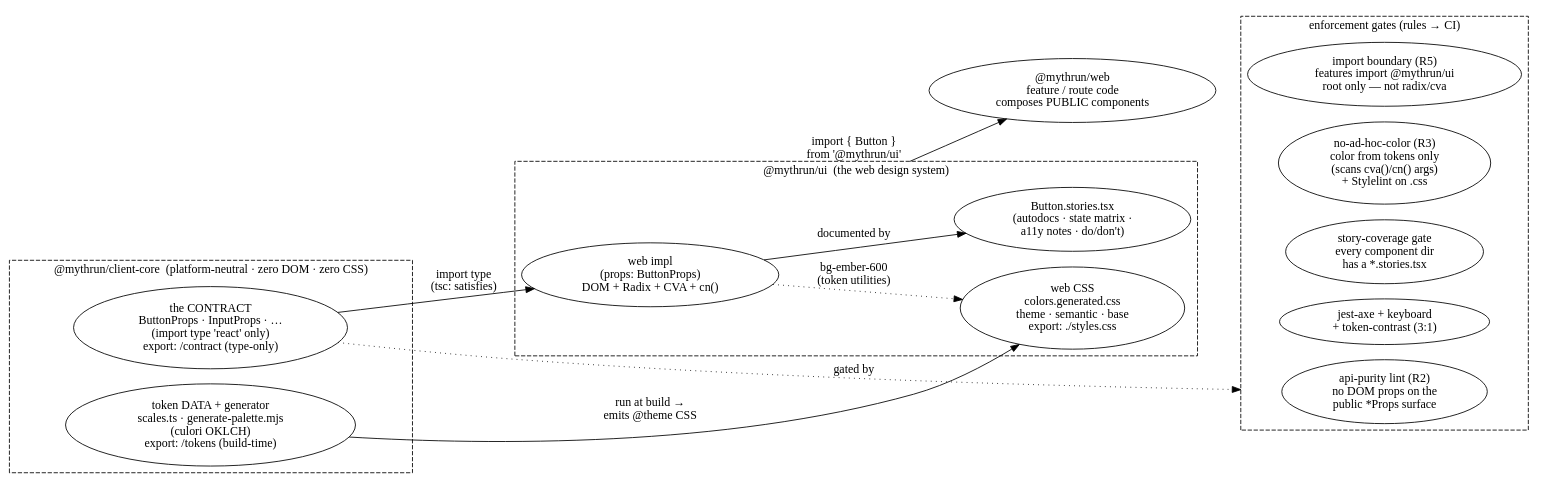
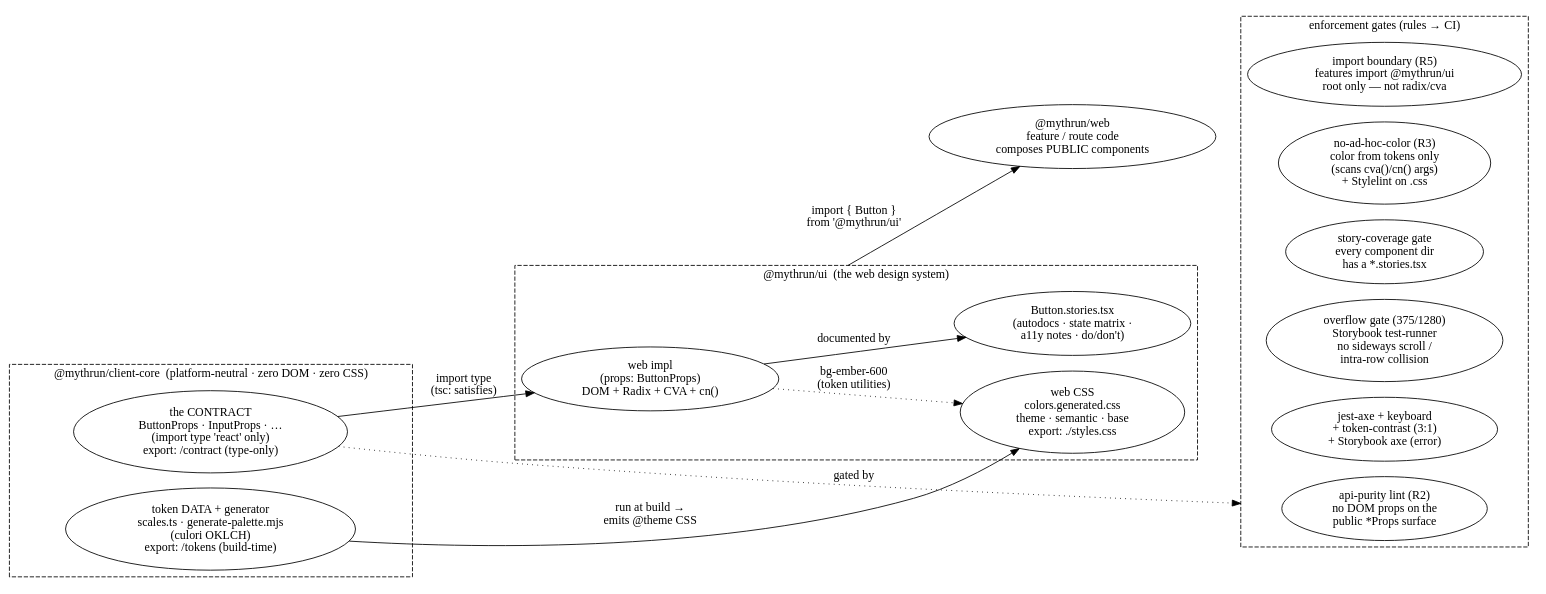
One commit to mythrun/mythrun changed the diagram in docs/wiki/diagrams/frontend/design-system.dot. Above: the diagram before and after it, drawn with Graphviz. The commit also changed 11 other files, not shown here.

```diff
--- a/docs/wiki/diagrams/frontend/design-system.dot
+++ b/docs/wiki/diagrams/frontend/design-system.dot
@@ -1,56 +1,57 @@
 digraph frontend_design_system {
   // mythrunUI: the brand-aligned component library the whole app composes. The
   // story is a one-way pipeline — token DATA + a platform-neutral component
   // CONTRACT live in @mythrun/client-core (zero DOM); @mythrun/ui implements the
   // contract with DOM + Radix + Tailwind and emits the web CSS; @mythrun/web
   // composes the public components. Every component ships a Storybook story and
   // passes the enforcement gates. Dependency direction is client-core ← ui ← web.
   rankdir=LR;
   compound=true;
 
   subgraph cluster_cc {
     label="@mythrun/client-core  (platform-neutral · zero DOM · zero CSS)";
     style="dashed";
     color="ember";
     fontcolor="ember";
 
     contract [label="the CONTRACT\nButtonProps · InputProps · …\n(import type 'react' only)\nexport: /contract (type-only)"];
     tokendata [label="token DATA + generator\nscales.ts · generate-palette.mjs\n(culori OKLCH)\nexport: /tokens (build-time)"];
   }
 
   subgraph cluster_ui {
     label="@mythrun/ui  (the web design system)";
     style="dashed";
     color="ember";
     fontcolor="ember";
 
     impl  [label="web impl\n(props: ButtonProps)\nDOM + Radix + CVA + cn()"];
     css   [label="web CSS\ncolors.generated.css\ntheme · semantic · base\nexport: ./styles.css"];
     story [label="Button.stories.tsx\n(autodocs · state matrix ·\na11y notes · do/don't)"];
   }
 
   web [label="@mythrun/web\nfeature / route code\ncomposes PUBLIC components", color="ember", fontcolor="ember"];
 
   // The pipeline: data + contract → web impl → story.
   tokendata -> css   [label="run at build →\nemits @theme CSS"];
   contract  -> impl  [label="import type\n(tsc: satisfies)"];
   impl      -> css   [style="dotted", label="bg-ember-600\n(token utilities)"];
   impl      -> story [label="documented by"];
   impl      -> web   [ltail=cluster_ui, label="import { Button }\nfrom '@mythrun/ui'"];
 
   subgraph cluster_gates {
     label="enforcement gates (rules → CI)";
     style="dashed";
     color="ember";
     fontcolor="ember";
 
     apipurity [label="api-purity lint (R2)\nno DOM props on the\npublic *Props surface"];
     nocolor   [label="no-ad-hoc-color (R3)\ncolor from tokens only\n(scans cva()/cn() args)\n+ Stylelint on .css"];
     storycov  [label="story-coverage gate\nevery component dir\nhas a *.stories.tsx"];
-    a11y      [label="jest-axe + keyboard\n+ token-contrast (3:1)"];
+    overflow  [label="overflow gate (375/1280)\nStorybook test-runner\nno sideways scroll /\nintra-row collision"];
+    a11y      [label="jest-axe + keyboard\n+ token-contrast (3:1)\n+ Storybook axe (error)"];
     boundary  [label="import boundary (R5)\nfeatures import @mythrun/ui\nroot only — not radix/cva"];
   }
 
   contract -> apipurity [lhead=cluster_gates, style="dotted", label="gated by"];
   web      -> boundary  [style="invis"];
 }
```
